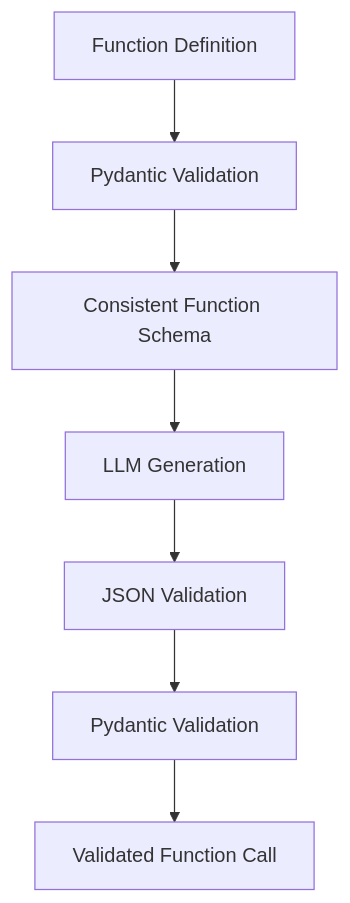
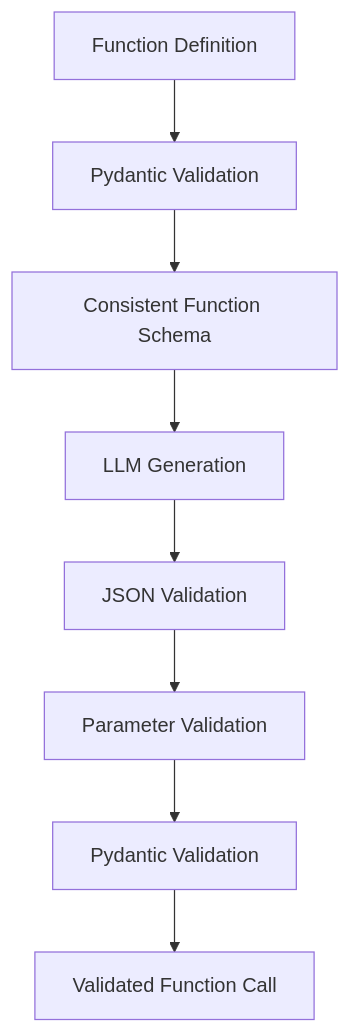
One commit to harilecon/call_me_maybe changed the diagram in README.md. Above: the diagram before and after it, drawn with Mermaid. The commit also changed other lines of this file and 5 other files, not shown here.

````diff
--- a/README.md
+++ b/README.md
@@ -191,9 +185,10 @@
 ```mermaid
 graph TD
     A[Function Definition] --> B[Pydantic Validation]
     B --> C[Consistent Function Schema]
     C --> D[LLM Generation]
     D --> E[JSON Validation]
-    E --> F[Pydantic Validation]
-    F --> G[Validated Function Call]
+    E --> F[Parameter Validation]
+    F --> G[Pydantic Validation]
+    G --> H[Validated Function Call]
 ```
````
